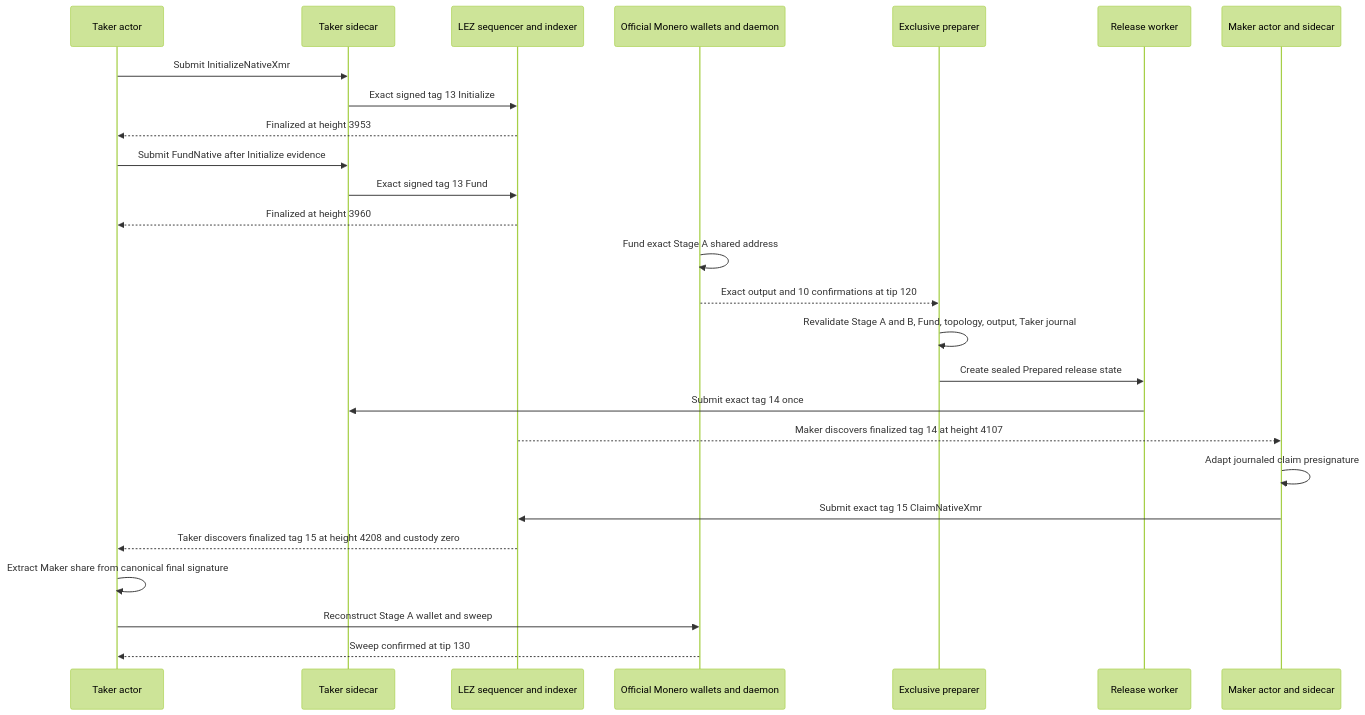
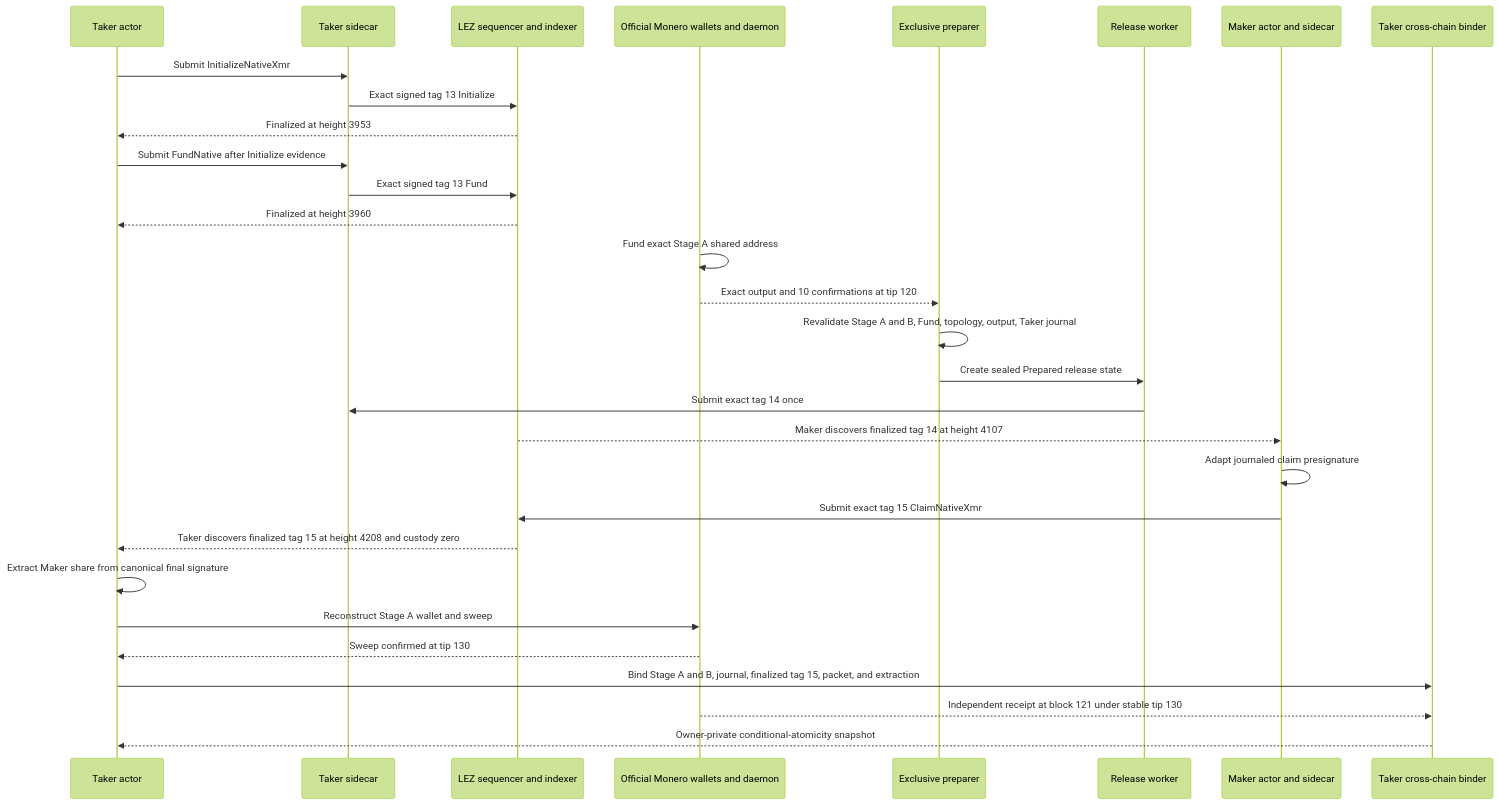
One commit to gateway-fm/lez-atomic-swaps changed the fourth of 13 diagrams in docs/architecture/deployment-components-and-rpcs.md. Above: the diagram before and after it, drawn with Mermaid (forest theme). The commit also changed other lines of this file and 12 other files, not shown here.

````diff
--- a/docs/architecture/deployment-components-and-rpcs.md
+++ b/docs/architecture/deployment-components-and-rpcs.md
@@ -228,29 +235,33 @@
 ```mermaid
 sequenceDiagram
     participant T as Taker actor
     participant TS as Taker sidecar
     participant L as LEZ sequencer and indexer
     participant MW as Official Monero wallets and daemon
     participant P as Exclusive preparer
     participant W as Release worker
     participant M as Maker actor and sidecar
+    participant B as Taker cross-chain binder
 
     T->>TS: Submit InitializeNativeXmr
     TS->>L: Exact signed tag 13 Initialize
     L-->>T: Finalized at height 3953
     T->>TS: Submit FundNative after Initialize evidence
     TS->>L: Exact signed tag 13 Fund
     L-->>T: Finalized at height 3960
     MW->>MW: Fund exact Stage A shared address
     MW-->>P: Exact output and 10 confirmations at tip 120
     P->>P: Revalidate Stage A and B, Fund, topology, output, Taker journal
     P->>W: Create sealed Prepared release state
     W->>TS: Submit exact tag 14 once
     L-->>M: Maker discovers finalized tag 14 at height 4107
     M->>M: Adapt journaled claim presignature
     M->>L: Submit exact tag 15 ClaimNativeXmr
     L-->>T: Taker discovers finalized tag 15 at height 4208 and custody zero
     T->>T: Extract Maker share from canonical final signature
     T->>MW: Reconstruct Stage A wallet and sweep
     MW-->>T: Sweep confirmed at tip 130
+    T->>B: Bind Stage A and B, journal, finalized tag 15, packet, and extraction
+    MW-->>B: Independent receipt at block 121 under stable tip 130
+    B-->>T: Owner-private conditional-atomicity snapshot
 ```
````
